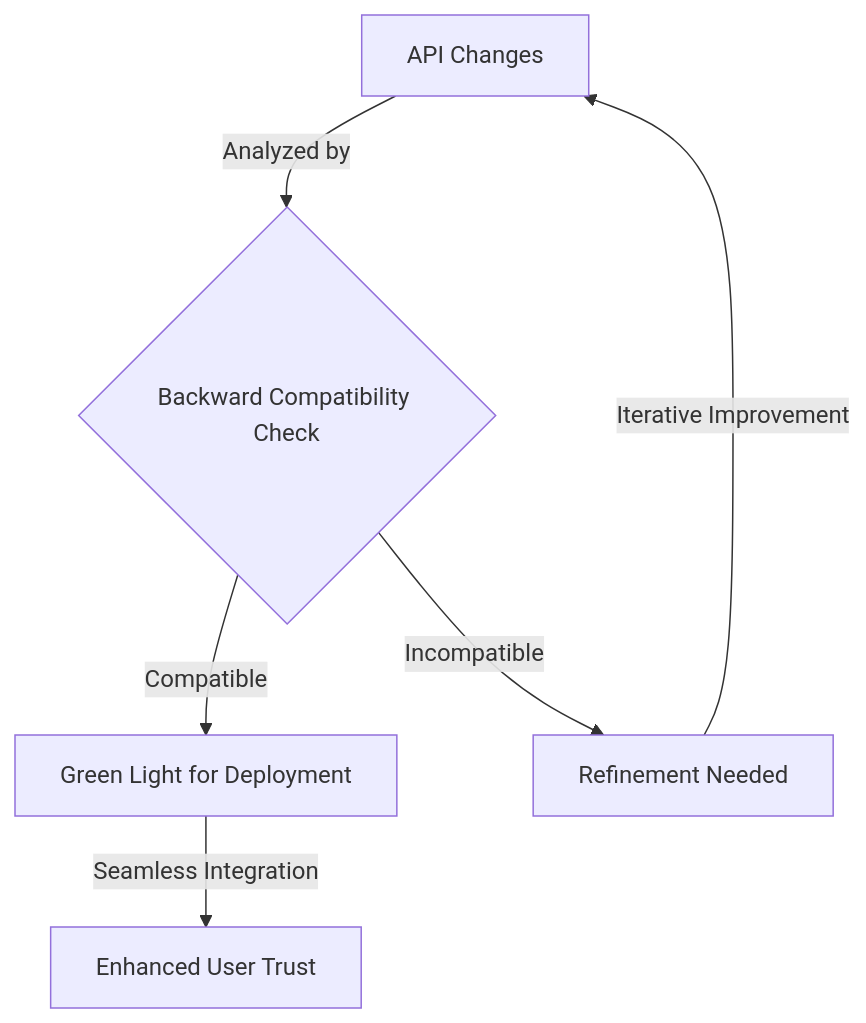
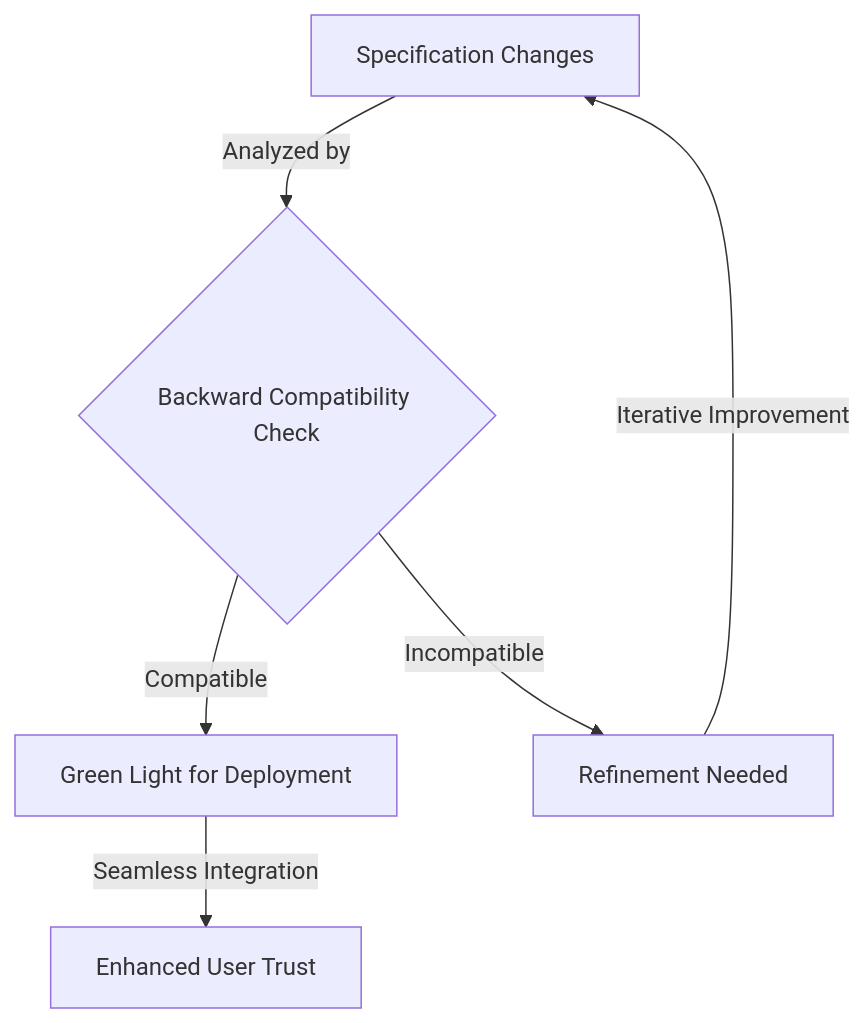
The first of 4 diagrams in documentation/backward_compatibility.md (znsio/specmatic-documentation), drawn with Mermaid before and after one commit. The commit also changed other lines of this file and 3 other files, not shown here.

Commit message:
1. minor corrections 2. mermaid diagram integration

````diff
--- a/documentation/backward_compatibility.md
+++ b/documentation/backward_compatibility.md
@@ -59,8 +60,8 @@
-{% mermaid %}
+```mermaid
 graph TD;
-    A[API Changes] -->|Analyzed by| B{Backward Compatibility Check}
+    A[Specification Changes] -->|Analyzed by| B{Backward Compatibility Check}
     B -->|Compatible| C[Green Light for Deployment]
     B -->|Incompatible| D[Refinement Needed]
     C -->|Seamless Integration| E[Enhanced User Trust]
     D -->|Iterative Improvement| A
-{% endmermaid %}
+```
````
